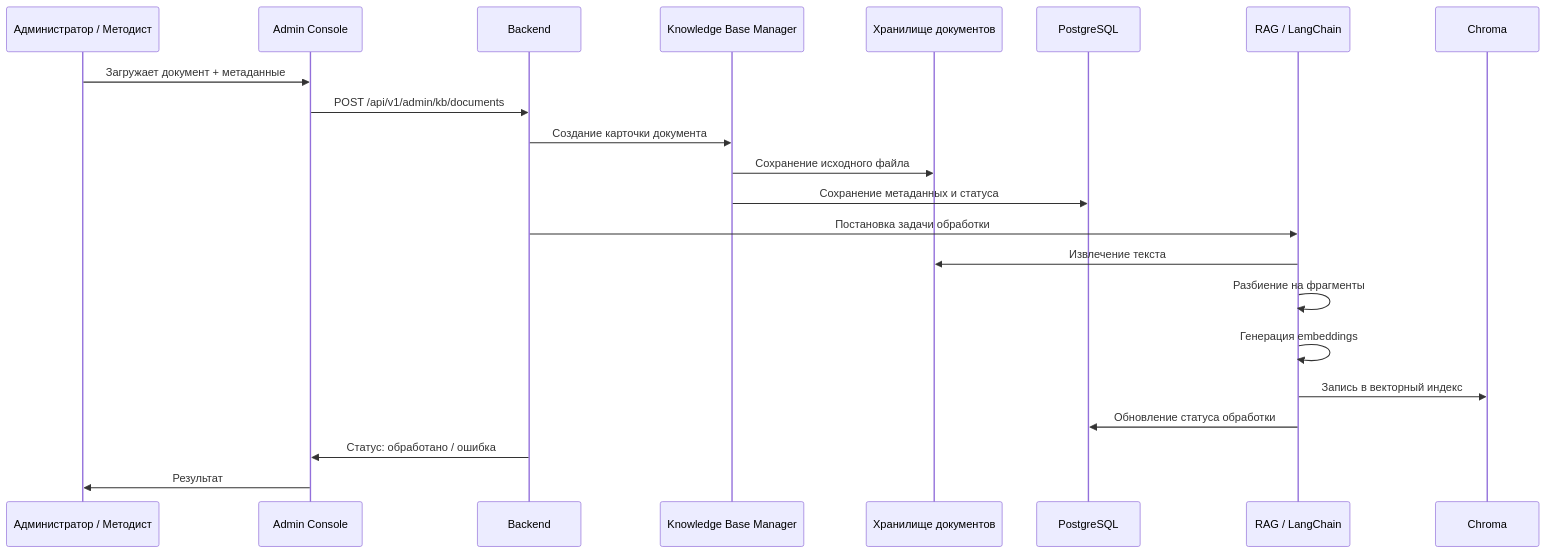
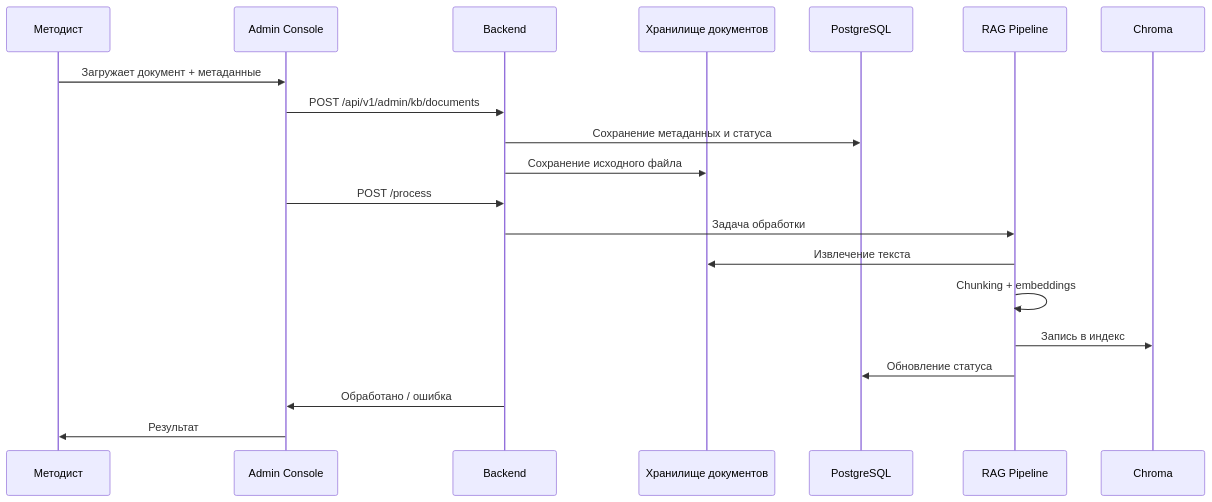
Before and after one commit to AlexLvGulyaev/AI-Curator: the seventh of 8 diagrams in docs/ARCHITECTURE.md, drawn with Mermaid. The commit also changed other lines of this file, not shown here.

First line of the commit message:
docs(ai-curator): validate and polish ARCHITECTURE.md

````diff
--- a/docs/ARCHITECTURE.md
+++ b/docs/ARCHITECTURE.md
@@ -386,25 +370,24 @@
 ```mermaid
 sequenceDiagram
-    participant Admin as Администратор / Методист
+    participant Admin as Методист
     participant AdminConsole as Admin Console
     participant Backend as Backend
-    participant KB as Knowledge Base Manager
     participant DocStore as Хранилище документов
     participant DB as PostgreSQL
-    participant RAG as RAG / LangChain
+    participant RAG as RAG Pipeline
     participant Chroma as Chroma
 
     Admin->>AdminConsole: Загружает документ + метаданные
     AdminConsole->>Backend: POST /api/v1/admin/kb/documents
-    Backend->>KB: Создание карточки документа
-    KB->>DocStore: Сохранение исходного файла
-    KB->>DB: Сохранение метаданных и статуса
-    Backend->>RAG: Постановка задачи обработки
+    Backend->>DB: Сохранение метаданных и статуса
+    Backend->>DocStore: Сохранение исходного файла
+
+    AdminConsole->>Backend: POST /process
+    Backend->>RAG: Задача обработки
     RAG->>DocStore: Извлечение текста
-    RAG->>RAG: Разбиение на фрагменты
-    RAG->>RAG: Генерация embeddings
-    RAG->>Chroma: Запись в векторный индекс
-    RAG->>DB: Обновление статуса обработки
-    Backend->>AdminConsole: Статус: обработано / ошибка
+    RAG->>RAG: Chunking + embeddings
+    RAG->>Chroma: Запись в индекс
+    RAG->>DB: Обновление статуса
+    Backend->>AdminConsole: Обработано / ошибка
     AdminConsole->>Admin: Результат
 ```
````
